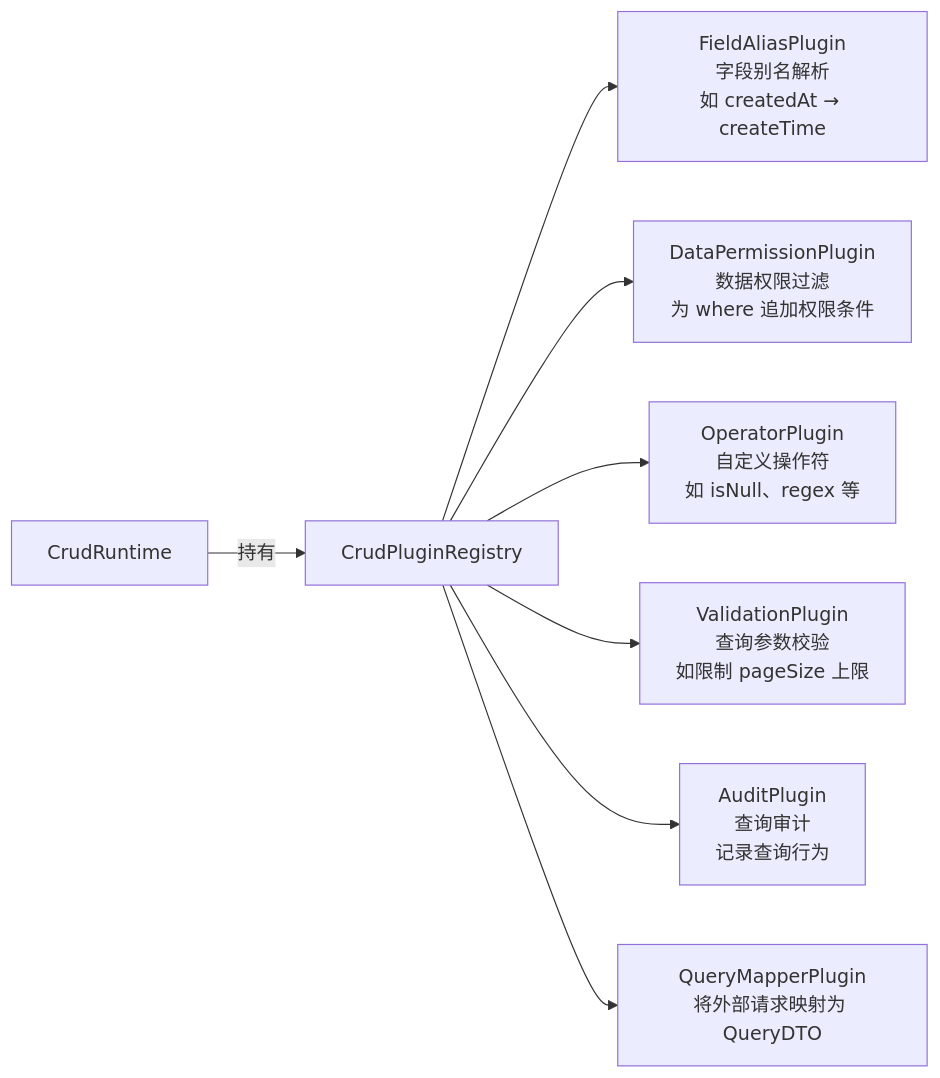
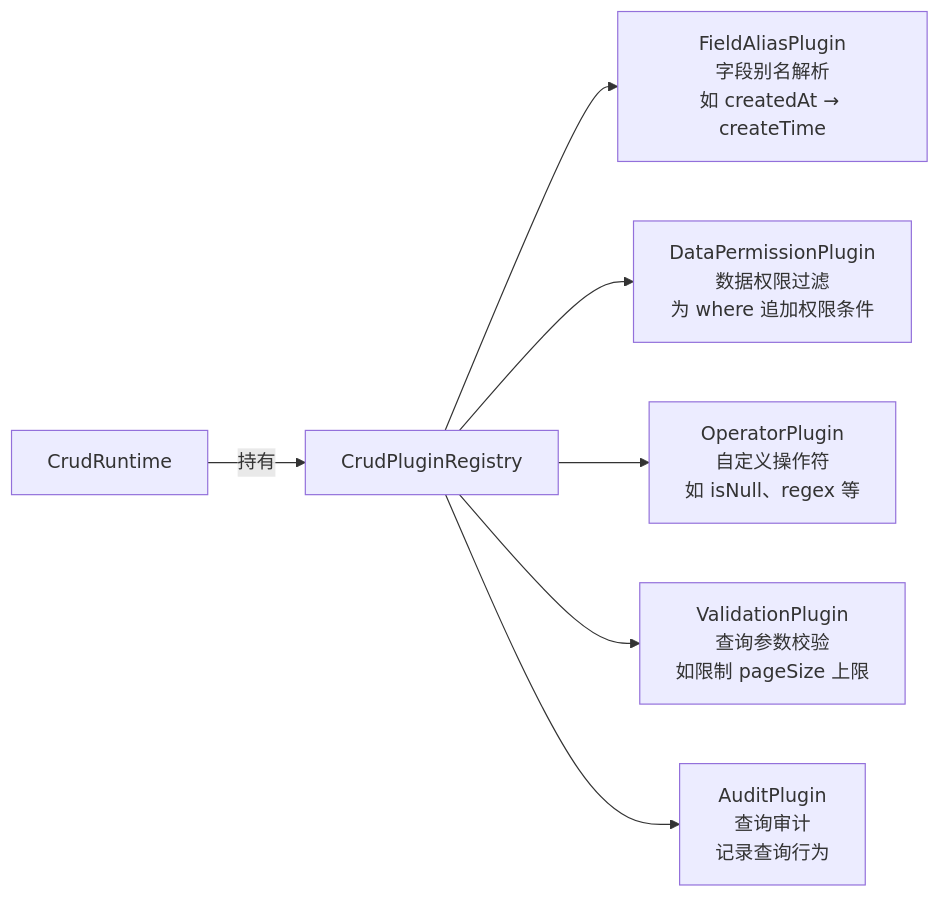
The eighth of 8 diagrams in serverpod_crud/README.md (coderxsle/flutter_web_admin), drawn with Mermaid before and after one commit. The commit also changed other lines of this file and 351 other files, not shown here.

````diff
--- a/serverpod_crud/README.md
+++ b/serverpod_crud/README.md
@@ -374,14 +371,13 @@
 ```mermaid
 flowchart LR
     RT["CrudRuntime"]
     PR["CrudPluginRegistry"]
     P1["FieldAliasPlugin<br/>字段别名解析<br/>如 createdAt → createTime"]
     P2["DataPermissionPlugin<br/>数据权限过滤<br/>为 where 追加权限条件"]
     P3["OperatorPlugin<br/>自定义操作符<br/>如 isNull、regex 等"]
     P4["ValidationPlugin<br/>查询参数校验<br/>如限制 pageSize 上限"]
     P5["AuditPlugin<br/>查询审计<br/>记录查询行为"]
-    P6["QueryMapperPlugin<br/>将外部请求映射为 QueryDTO"]
 
     RT --持有--> PR
-    PR --> P1 & P2 & P3 & P4 & P5 & P6
+    PR --> P1 & P2 & P3 & P4 & P5
 ```
````
